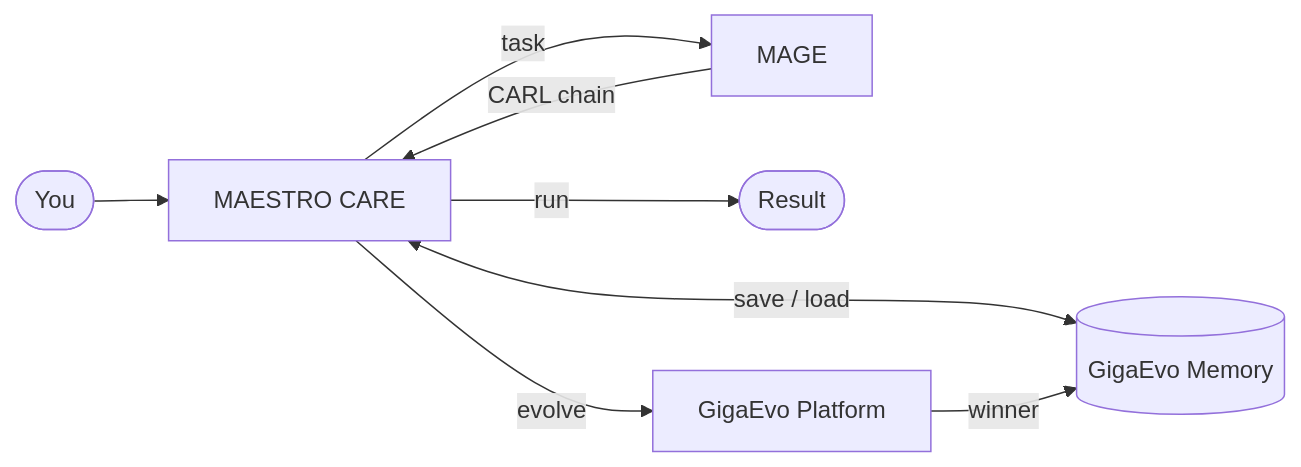
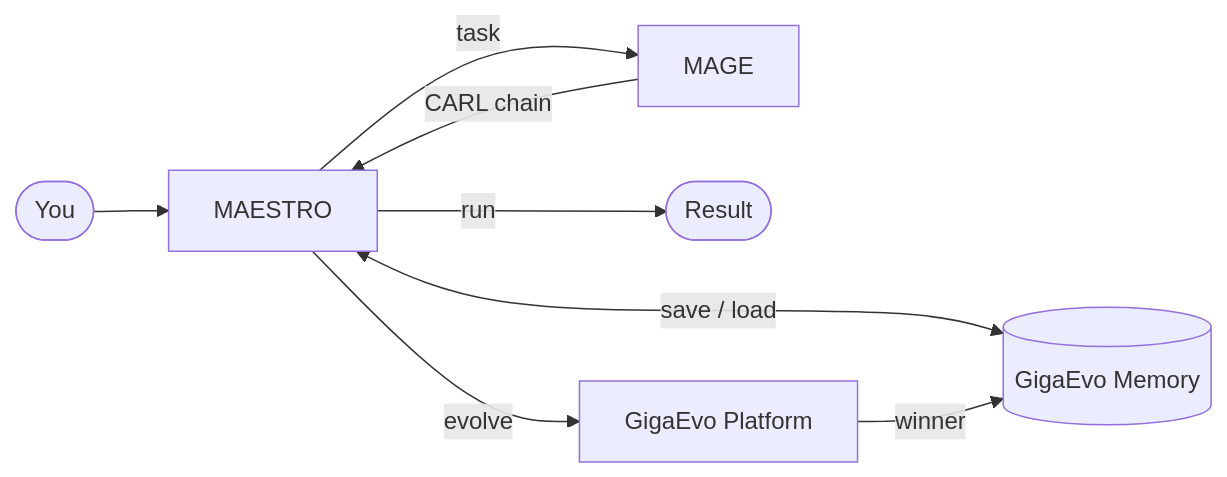
The diagram in src/content/docs/care/concepts/architecture.md (pyshka501/care-docs), drawn with Mermaid before and after one commit. The commit also changed other lines of this file and 46 other files, not shown here.

First line of the commit message:
docs: rebrand — MAESTRO is the system, MAESTRO CARE is the TUI

````diff
--- a/src/content/docs/care/concepts/architecture.md
+++ b/src/content/docs/care/concepts/architecture.md
@@ -11,10 +11,10 @@
 ```mermaid
 flowchart LR
-    User([You]) --> Care["MAESTRO CARE"]
+    User([You]) --> Care["MAESTRO"]
     Care -->|task| MAGE
     MAGE -->|CARL chain| Care
     Care -->|run| Result([Result])
     Care <-->|save / load| Memory[(GigaEvo Memory)]
     Care -->|evolve| Platform[GigaEvo Platform]
     Platform -->|winner| Memory
 ```
````
